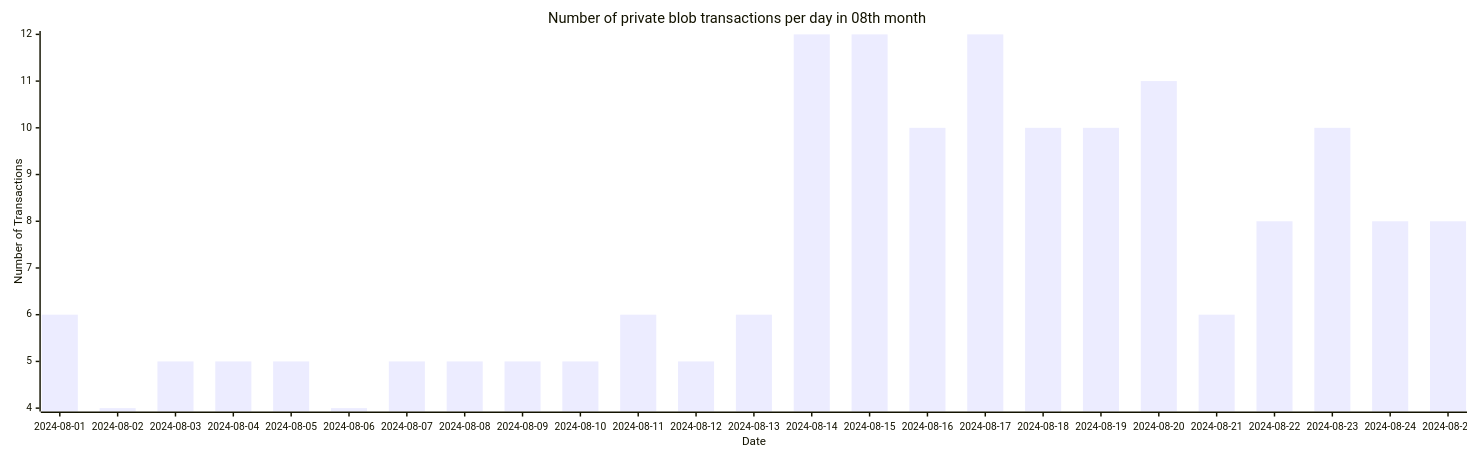
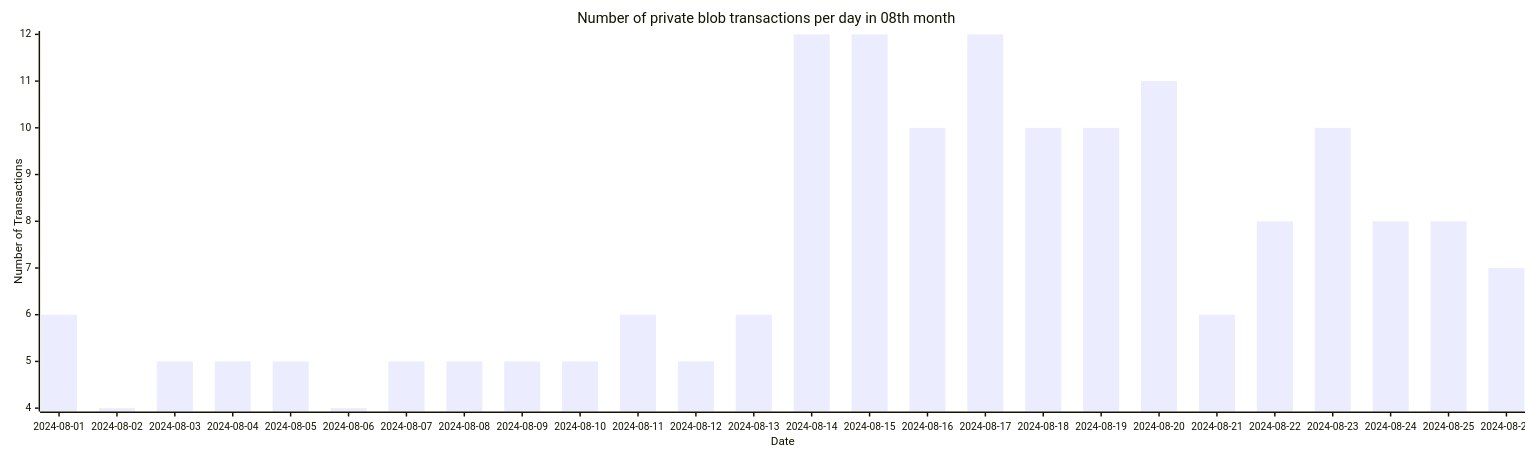
Before and after one commit to Amit0617/eip4844-data: the sixth of 6 diagrams in README.md, drawn with Mermaid. The commit also changed 1 other file, not shown here.

````diff
--- a/README.md
+++ b/README.md
@@ -66,12 +66,12 @@
 ```mermaid
 ---
 config:
     xyChart:
-        width: 2000
+        width: 2080
         height: 600
 ---
 xychart-beta title "Number of private blob transactions per day in 08th month"
-x-axis "Date" [2024-08-01,2024-08-02,2024-08-03,2024-08-04,2024-08-05,2024-08-06,2024-08-07,2024-08-08,2024-08-09,2024-08-10,2024-08-11,2024-08-12,2024-08-13,2024-08-14,2024-08-15,2024-08-16,2024-08-17,2024-08-18,2024-08-19,2024-08-20,2024-08-21,2024-08-22,2024-08-23,2024-08-24,2024-08-25]
+x-axis "Date" [2024-08-01,2024-08-02,2024-08-03,2024-08-04,2024-08-05,2024-08-06,2024-08-07,2024-08-08,2024-08-09,2024-08-10,2024-08-11,2024-08-12,2024-08-13,2024-08-14,2024-08-15,2024-08-16,2024-08-17,2024-08-18,2024-08-19,2024-08-20,2024-08-21,2024-08-22,2024-08-23,2024-08-24,2024-08-25,2024-08-26]
 y-axis "Number of Transactions"
-bar[6,4,5,5,5,4,5,5,5,5,6,5,6,12,12,10,12,10,10,11,6,8,10,8,8]
+bar[6,4,5,5,5,4,5,5,5,5,6,5,6,12,12,10,12,10,10,11,6,8,10,8,8,7]
 ```
````
